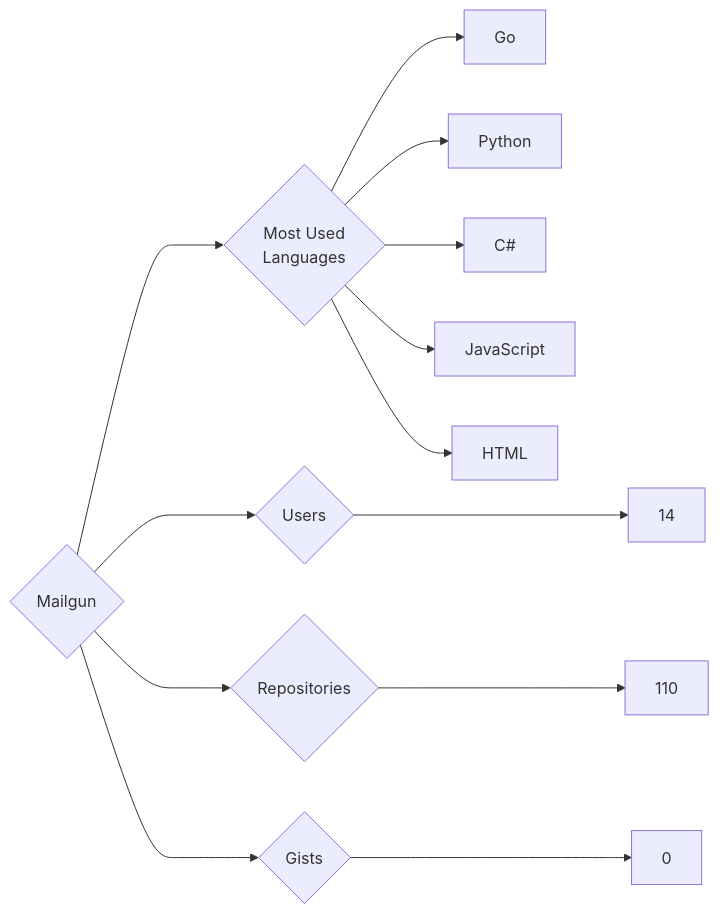
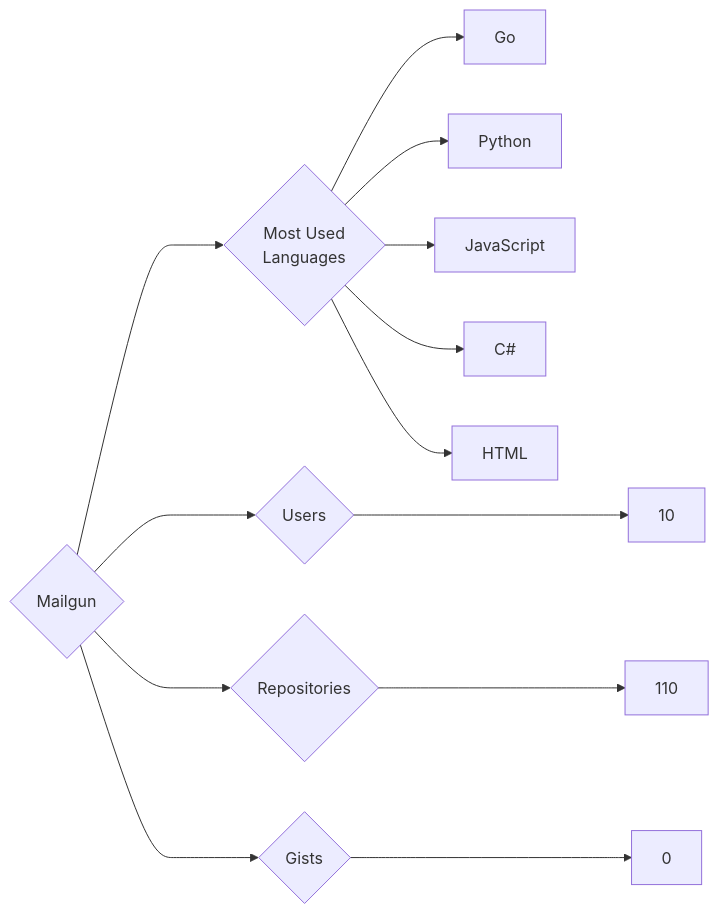
Before and after one commit to trickest/insiders: the diagram in targets/Mailgun/README.md, drawn with Mermaid. The commit also changed 984 other files, not shown here.

````diff
--- a/targets/Mailgun/README.md
+++ b/targets/Mailgun/README.md
@@ -3,13 +3,13 @@
 ```mermaid
 graph LR
 COMPANY_NAME{Mailgun}
-COMPANY_NAME ---> U{Users} ---> UN[14]
+COMPANY_NAME ---> U{Users} ---> UN[10]
 COMPANY_NAME ---> R{Repositories} ---> RN[110]
 COMPANY_NAME ---> G{Gists} ---> GN[0]
 COMPANY_NAME ---> ML{Most Used<br>Languages}
 ML --> Go[Go]
 ML --> Python[Python]
+ML --> JavaScript[JavaScript]
 ML --> C#[C#]
-ML --> JavaScript[JavaScript]
 ML --> HTML[HTML]
 ```
````
